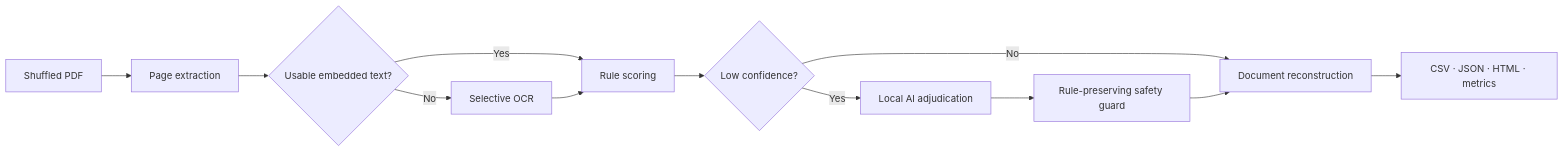
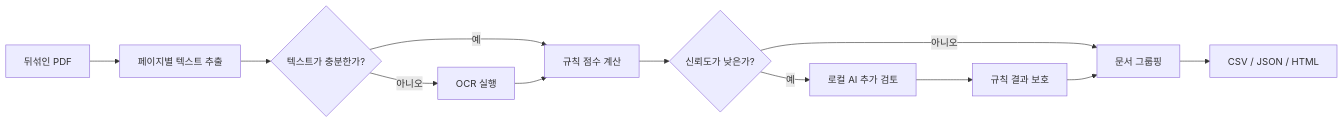
One commit to baegjonghyeon291-lab/mortgage-document-classifier changed the diagram in README.md. Above: the diagram before and after it, drawn with Mermaid. The commit also changed other lines of this file, not shown here.

````diff
--- a/README.md
+++ b/README.md
@@ -29,14 +40,14 @@
 ```mermaid
 flowchart LR
-    PDF["Shuffled PDF"] --> Extract["Page extraction"]
-    Extract --> Gate{"Usable embedded text?"}
-    Gate -->|Yes| Rules["Rule scoring"]
-    Gate -->|No| OCR["Selective OCR"]
+    PDF["뒤섞인 PDF"] --> Extract["페이지별 텍스트 추출"]
+    Extract --> Gate{"텍스트가 충분한가?"}
+    Gate -->|예| Rules["규칙 점수 계산"]
+    Gate -->|아니오| OCR["OCR 실행"]
     OCR --> Rules
-    Rules --> Review{"Low confidence?"}
-    Review -->|No| Group["Document reconstruction"]
-    Review -->|Yes| AI["Local AI adjudication"]
-    AI --> Guard["Rule-preserving safety guard"]
+    Rules --> Review{"신뢰도가 낮은가?"}
+    Review -->|아니오| Group["문서 그룹핑"]
+    Review -->|예| AI["로컬 AI 추가 검토"]
+    AI --> Guard["규칙 결과 보호"]
     Guard --> Group
-    Group --> Output["CSV · JSON · HTML · metrics"]
+    Group --> Output["CSV / JSON / HTML"]
 ```
````
